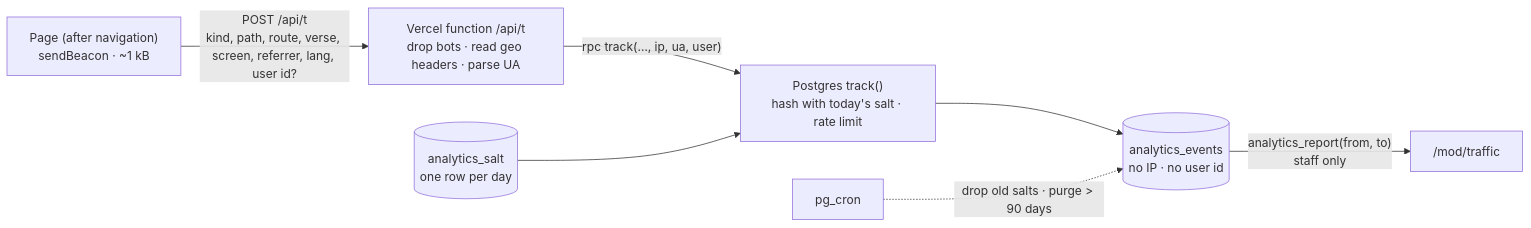
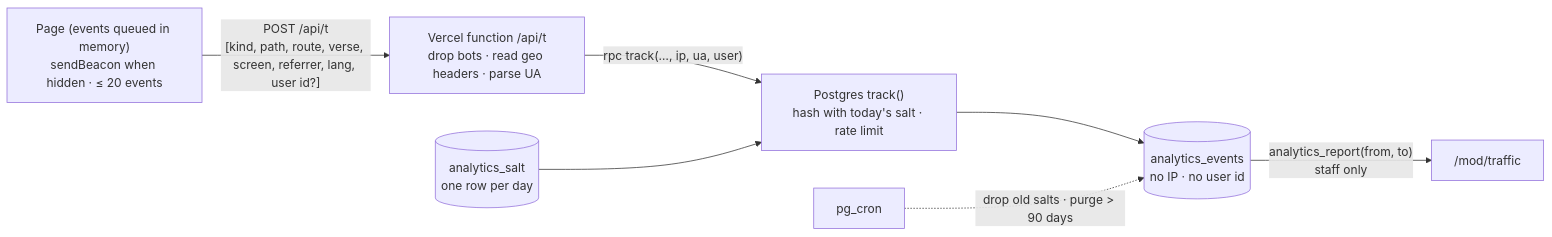
One commit to samueldotj/tamilscripture.com changed the diagram in docs/feature_analytics.md. Above: the diagram before and after it, drawn with Mermaid. The commit also changed other lines of this file and 5 other files, not shown here.

````diff
--- a/docs/feature_analytics.md
+++ b/docs/feature_analytics.md
@@ -24,9 +24,9 @@
 ```mermaid
 flowchart LR
-  P["Page (after navigation)<br/>sendBeacon · ~1 kB"] -- "POST /api/t<br/>kind, path, route, verse, screen, referrer, lang, user id?" --> R["Vercel function /api/t<br/>drop bots · read geo headers · parse UA"]
+  P["Page (events queued in memory)<br/>sendBeacon when hidden · ≤ 20 events"] -- "POST /api/t<br/>[kind, path, route, verse, screen, referrer, lang, user id?]" --> R["Vercel function /api/t<br/>drop bots · read geo headers · parse UA"]
   R -- "rpc track(…, ip, ua, user)" --> F["Postgres track()<br/>hash with today's salt · rate limit"]
   F --> E[("analytics_events<br/>no IP · no user id")]
   S[("analytics_salt<br/>one row per day")] --> F
   E -- "analytics_report(from, to)<br/>staff only" --> M["/mod/traffic"]
   C["pg_cron"] -. "drop old salts · purge > 90 days" .-> E
 ```
````
